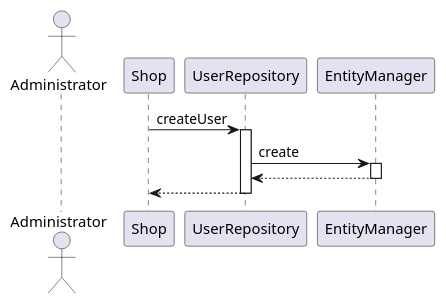
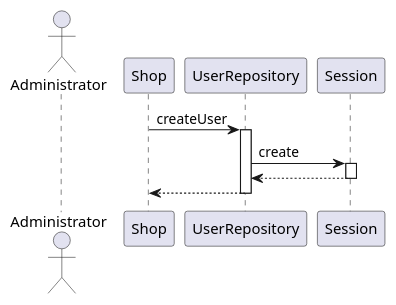
The fifth of 10 diagrams in Deliverables/DesignDocument.md (mspronesti/ezshop), drawn with PlantUML before and after one commit. The commit also changed other lines of this file and 4 other files, not shown here.

````diff
--- a/Deliverables/DesignDocument.md
+++ b/Deliverables/DesignDocument.md
@@ -373,16 +345,16 @@
 ```plantuml
 @startuml
 actor Administrator
     Shop -> UserRepository: createUser
     activate UserRepository
 
-    UserRepository -> EntityManager: create
-    activate EntityManager
+    UserRepository -> Session: create
+    activate Session
 
-    EntityManager --> UserRepository
-    deactivate EntityManager
+    Session --> UserRepository
+    deactivate Session
 
     UserRepository --> Shop
     deactivate UserRepository
 @enduml
 ```
````
